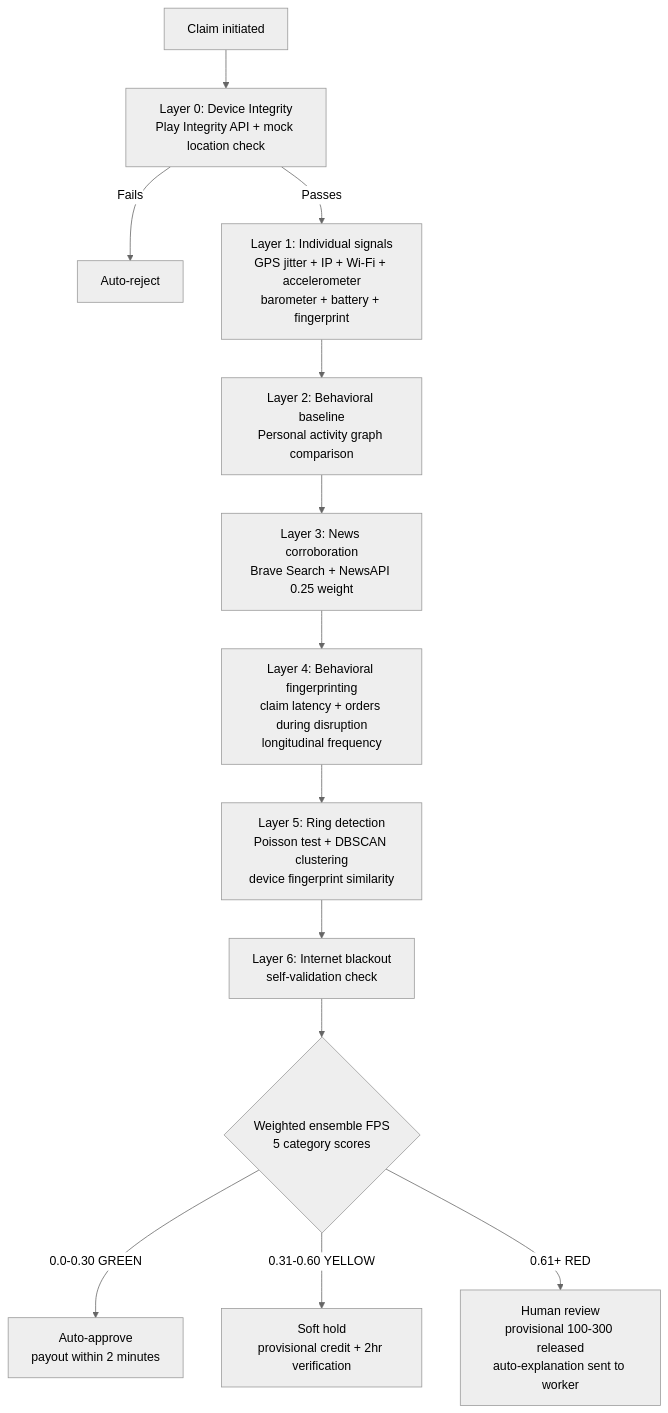
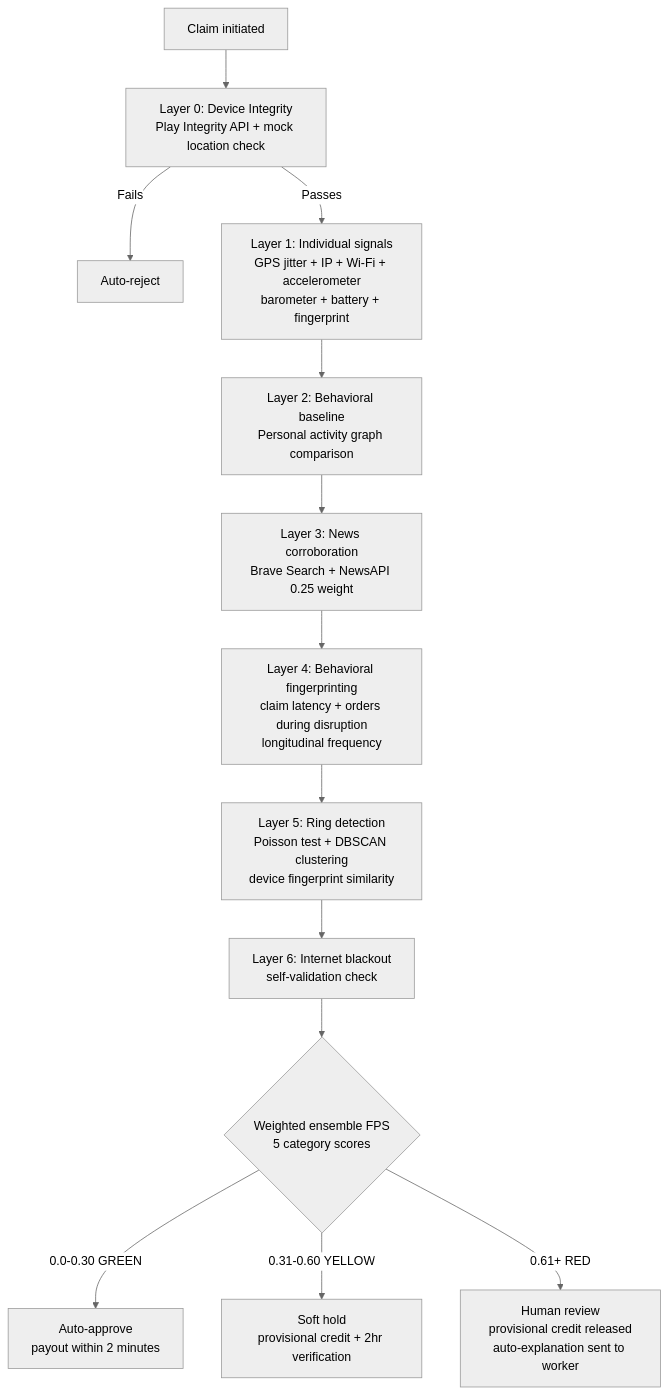
Before and after one commit to Dhruvv-16/Hustlr: the third of 3 diagrams in README.md, drawn with Mermaid (neutral theme). The commit also changed other lines of this file and 207 other files, not shown here.

````diff
--- a/README.md
+++ b/README.md
@@ -1077,15 +843,15 @@
 ```mermaid
 flowchart TD
     F1[Claim initiated] --> F2[Layer 0: Device Integrity\nPlay Integrity API + mock location check]
     F2 -- Fails --> F3[Auto-reject]
     F2 -- Passes --> F4[Layer 1: Individual signals\nGPS jitter + IP + Wi-Fi + accelerometer\nbarometer + battery + fingerprint]
     F4 --> F5[Layer 2: Behavioral baseline\nPersonal activity graph comparison]
     F5 --> F6[Layer 3: News corroboration\nBrave Search + NewsAPI 0.25 weight]
     F6 --> F7[Layer 4: Behavioral fingerprinting\nclaim latency + orders during disruption\nlongitudinal frequency]
     F7 --> F8[Layer 5: Ring detection\nPoisson test + DBSCAN clustering\ndevice fingerprint similarity]
     F8 --> F9[Layer 6: Internet blackout\nself-validation check]
     F9 --> F10{Weighted ensemble FPS\n5 category scores}
     F10 -->|0.0-0.30 GREEN| F11[Auto-approve\npayout within 2 minutes]
     F10 -->|0.31-0.60 YELLOW| F12[Soft hold\nprovisional credit + 2hr verification]
-    F10 -->|0.61+ RED| F13[Human review\nprovisional 100-300 released\nauto-explanation sent to worker]
+    F10 -->|0.61+ RED| F13[Human review\nprovisional credit released\nauto-explanation sent to worker]
 ```
````
